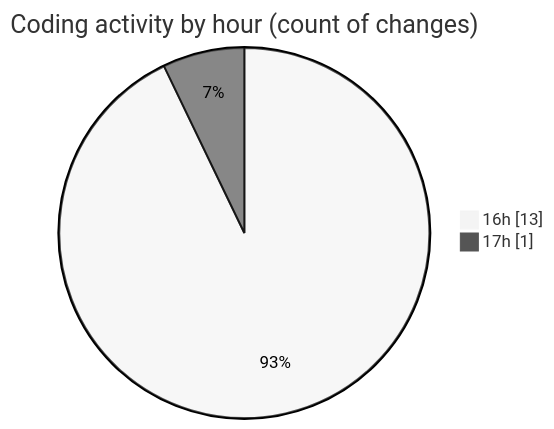
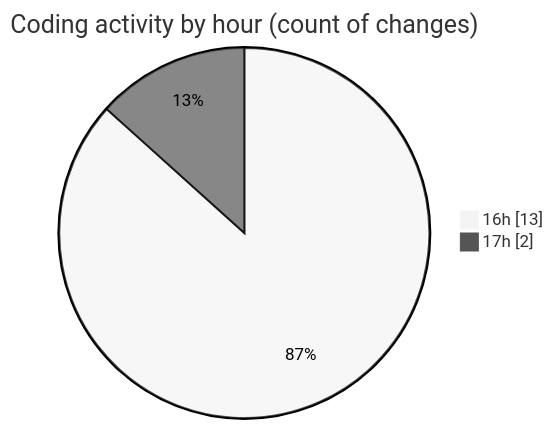
Before and after one commit to idhammustaqopulfikri/code-tracking: the second of 2 diagrams in 2025-05-28/studio-backend/README.md, drawn with Mermaid (neutral theme). The commit also changed other lines of this file and 1 other file, not shown here.

````diff
--- a/2025-05-28/studio-backend/README.md
+++ b/2025-05-28/studio-backend/README.md
@@ -33,6 +34,6 @@
 ```mermaid
 pie showData
 title Coding activity by hour (count of changes)
 "16h" : 13
-"17h" : 1
+"17h" : 2
 ```
````
